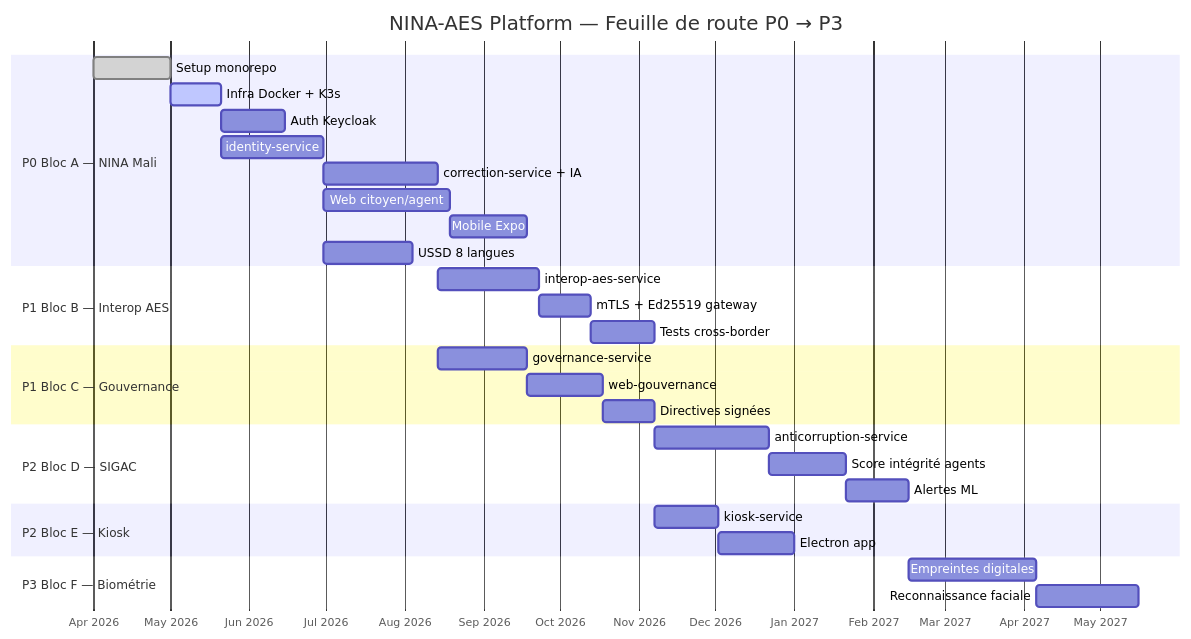
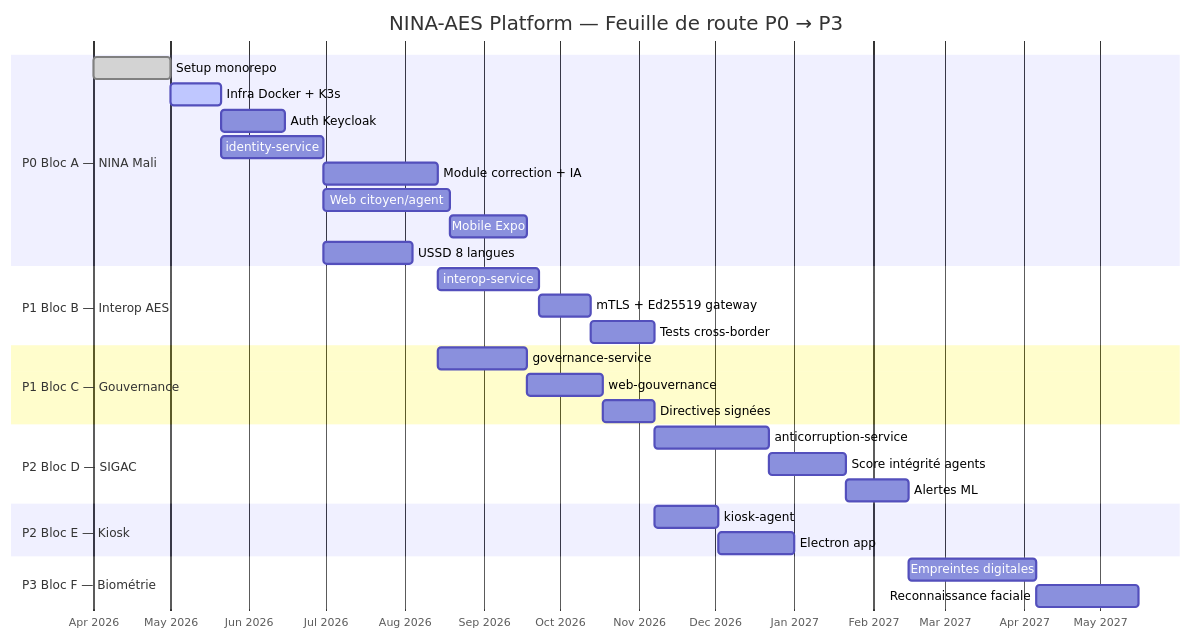
Before and after one commit to TheManInPink/Session-Ete-2026: diagram 36 of 40 in docs/diagrams/99-DIAGRAMMES-MERMAID.md, drawn with Mermaid. The commit also changed other lines of this file and 1 other file, not shown here.

First line of the commit message:
docs: éliminer les services fictifs résiduels des diagrammes (catalogue 99)

````diff
--- a/docs/diagrams/99-DIAGRAMMES-MERMAID.md
+++ b/docs/diagrams/99-DIAGRAMMES-MERMAID.md
@@ -1569,39 +1569,39 @@
 ```mermaid
 gantt
     title NINA-AES Platform — Feuille de route P0 → P3
     dateFormat YYYY-MM-DD
     axisFormat %b %Y
 
     section P0 Bloc A — NINA Mali
     Setup monorepo          :done, a1, 2026-04-01, 30d
     Infra Docker + K3s      :active, a2, after a1, 20d
     Auth Keycloak           :a3, after a2, 25d
     identity-service        :a4, after a2, 40d
-    correction-service + IA :a5, after a4, 45d
+    Module correction + IA  :a5, after a4, 45d
     Web citoyen/agent       :a6, after a4, 50d
     Mobile Expo             :a7, after a6, 30d
     USSD 8 langues          :a8, after a4, 35d
 
     section P1 Bloc B — Interop AES
-    interop-aes-service     :b1, after a5, 40d
+    interop-service         :b1, after a5, 40d
     mTLS + Ed25519 gateway  :b2, after b1, 20d
     Tests cross-border      :b3, after b2, 25d
 
     section P1 Bloc C — Gouvernance
     governance-service      :c1, after a5, 35d
     web-gouvernance         :c2, after c1, 30d
     Directives signées      :c3, after c2, 20d
 
     section P2 Bloc D — SIGAC
     anticorruption-service  :d1, after b3, 45d
     Score intégrité agents  :d2, after d1, 30d
     Alertes ML              :d3, after d2, 25d
 
     section P2 Bloc E — Kiosk
-    kiosk-service           :e1, after b3, 25d
+    kiosk-agent             :e1, after b3, 25d
     Electron app            :e2, after e1, 30d
 
     section P3 Bloc F — Biométrie
     Empreintes digitales    :f1, after d3, 50d
     Reconnaissance faciale  :f2, after f1, 40d
 ```
````
